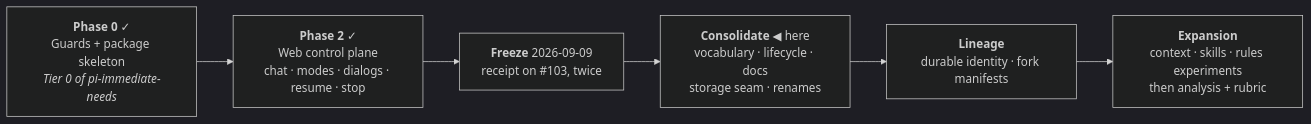
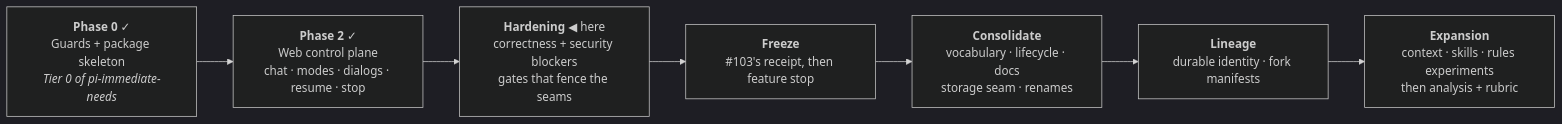
The fifth of 6 diagrams in docs/architecture.md (dopamine911/enso-harness), drawn with Mermaid (dark theme) before and after one commit. The commit also changed other lines of this file, not shown here.

````diff
--- a/docs/architecture.md
+++ b/docs/architecture.md
@@ -255,10 +255,11 @@
 ```mermaid
 graph LR
   P0["<b>Phase 0</b> ✓<br/>Guards + package skeleton<br/><i>Tier 0 of pi-immediate-needs</i>"]
   P2["<b>Phase 2</b> ✓<br/>Web control plane<br/>chat · modes · dialogs · resume · stop"]
-  F["<b>Freeze</b> 2026-09-09<br/>receipt on #103, twice"]
-  C["<b>Consolidate</b> ◀ here<br/>vocabulary · lifecycle · docs<br/>storage seam · renames"]
+  H["<b>Hardening</b> ◀ here<br/>correctness + security blockers<br/>gates that fence the seams"]
+  F["<b>Freeze</b><br/>#103's receipt, then feature stop"]
+  C["<b>Consolidate</b><br/>vocabulary · lifecycle · docs<br/>storage seam · renames"]
   L["<b>Lineage</b><br/>durable identity · fork manifests"]
   X["<b>Expansion</b><br/>context · skills · rules experiments<br/>then analysis + rubric"]
-  P0 --> P2 --> F --> C --> L --> X
+  P0 --> P2 --> H --> F --> C --> L --> X
 ```
````
